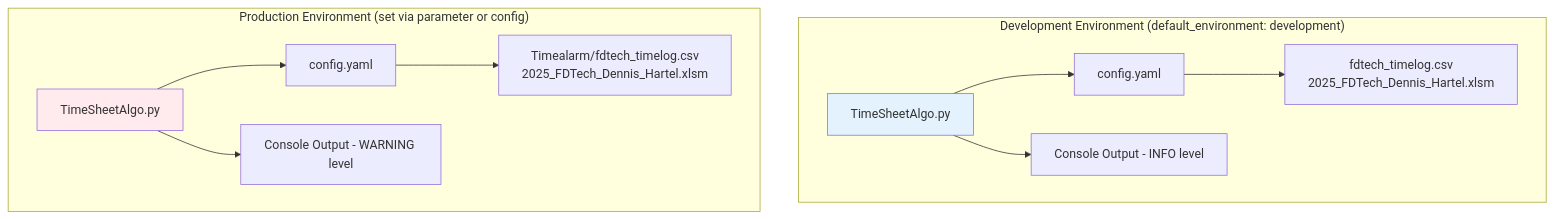
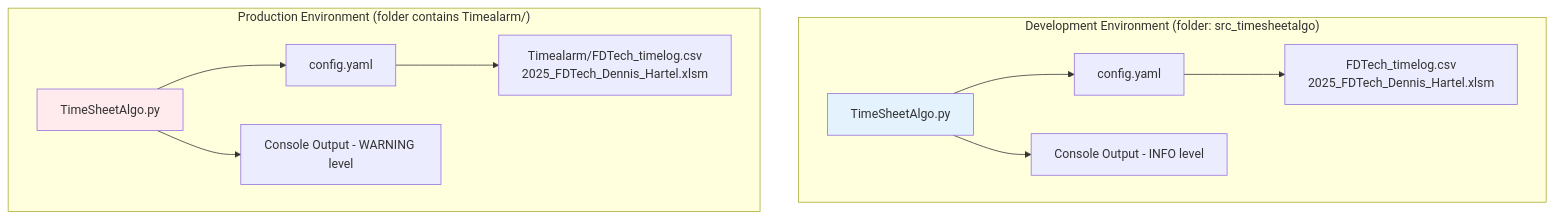
One commit to DedeHa/TimeSheet changed diagram 12 of 12 in doc/ARCHITECTURE.md. Above: the diagram before and after it, drawn with Mermaid. The commit also changed other lines of this file and 7 other files, not shown here.

First line of the commit message:
docs: align docs with new test architecture

````diff
--- a/doc/ARCHITECTURE.md
+++ b/doc/ARCHITECTURE.md
@@ -435,27 +534,27 @@
 ```mermaid
 graph TB
-    subgraph "Development Environment (default_environment: development)"
+    subgraph "Development Environment (folder: src_timesheetalgo)"
         DEV_SCRIPT[TimeSheetAlgo.py]
         DEV_CONFIG[config.yaml]
-        DEV_DATA[fdtech_timelog.csv<br/>2025_FDTech_Dennis_Hartel.xlsm]
+        DEV_DATA[FDTech_timelog.csv<br/>2025_FDTech_Dennis_Hartel.xlsm]
         DEV_LOGS[Console Output - INFO level]
     end
 
-    subgraph "Production Environment (set via parameter or config)"
+    subgraph "Production Environment (folder contains Timealarm/)"
         PROD_SCRIPT[TimeSheetAlgo.py]
         PROD_CONFIG[config.yaml]
-        PROD_DATA[Timealarm/fdtech_timelog.csv<br/>2025_FDTech_Dennis_Hartel.xlsm]
+        PROD_DATA[Timealarm/FDTech_timelog.csv<br/>2025_FDTech_Dennis_Hartel.xlsm]
         PROD_LOGS[Console Output - WARNING level]
     end
 
     DEV_SCRIPT --> DEV_CONFIG
     DEV_CONFIG --> DEV_DATA
     DEV_SCRIPT --> DEV_LOGS
 
     PROD_SCRIPT --> PROD_CONFIG
     PROD_CONFIG --> PROD_DATA
     PROD_SCRIPT --> PROD_LOGS
 
     style DEV_SCRIPT fill:#e3f2fd
     style PROD_SCRIPT fill:#ffebee
 ```
````
